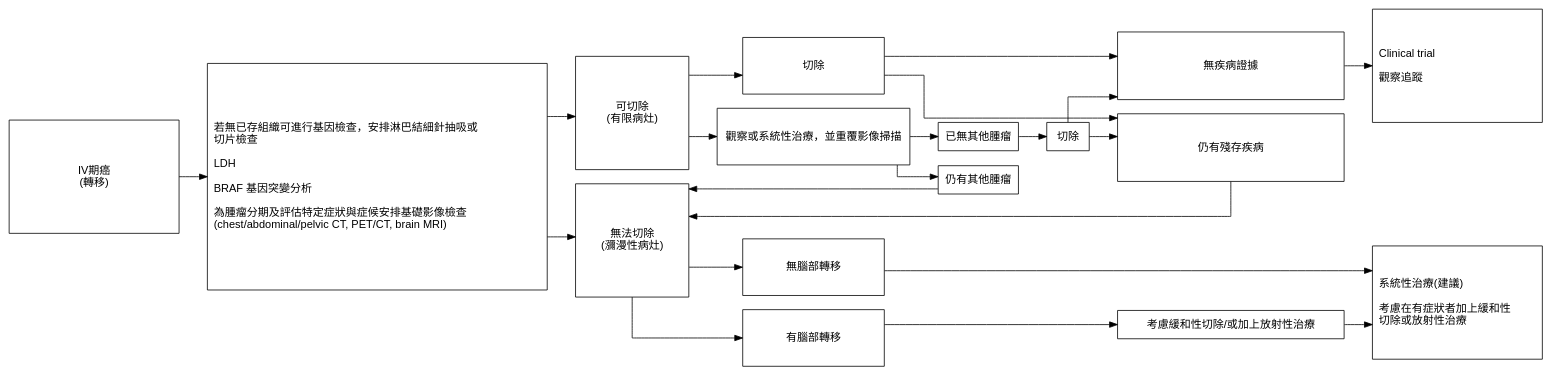
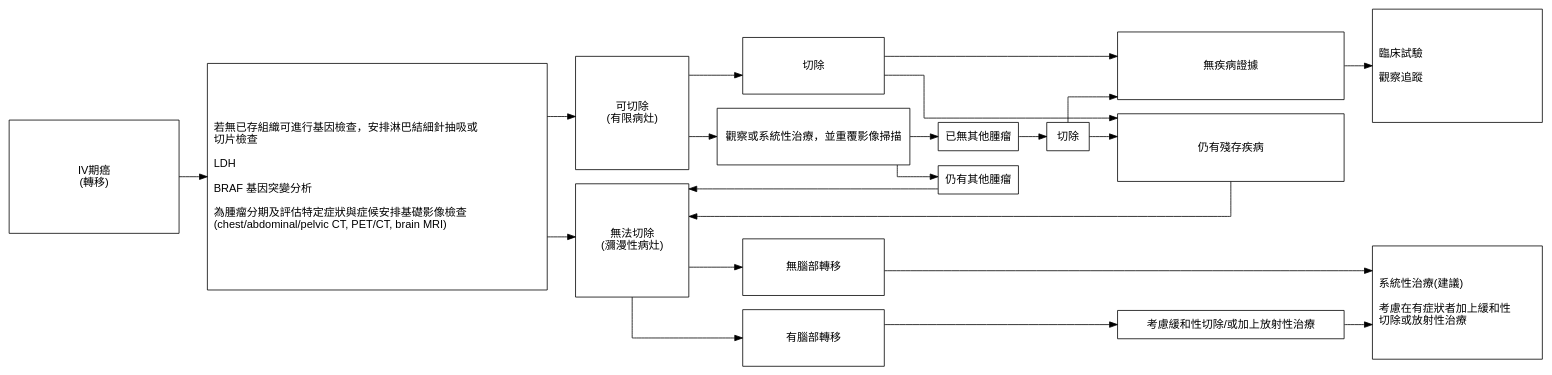
The diagram in melanoma.4.gv (gnayyc/SkinCancerGuidelineDiagram), drawn with Graphviz before and after one commit. The commit also changed 2 other files, not shown here.

```diff
--- a/melanoma.4.gv
+++ b/melanoma.4.gv
@@ -1,81 +1,81 @@
 digraph {
   graph [rankdir = LR; splines=ortho; overlap=false]
   node [shape = box, fontname = Helvetica]
 
 #  T1->T2->T22->T3->T4 [style=invis]
 #  T22 [style=invisible]
 #  T1->
 #  S3->S4 [style=invis]
 #  Tx3->OP41->OP40 [style=invis]
 #  S3->W3->Tx3->FU3
 #  S4->W4->Tx4->FU4
 
   S4->W4->OP41->Tx41->Resi0->FU4
                 Tx41->Resi1->OP40
           OP41->Tx42->M0->Tx421->Resi0
                           Tx421->Resi1
                 Tx42->M1->OP40
       W4->OP40->B1->OT4->FU41
           OP40->B0->FU41
 
   Tx41->Tx42 [style=invis]
   OP41->OP40 [style=invis]
 
   {rank = same; S4}
   {rank = same; W4}
   {rank = same; OP40; OP41}
   {rank = same; Tx41; Tx42; B0; B1}
   {rank = same; FU4; FU41}
   {rank = same; Resi0; Resi1; OT4}
 #  {rank = same; N0; N1}
 
 
 #  T1 [label = "CLINICAL/\lPATHOLOGICAL STAGE\l"; width=2.5; shape=plaintext]
 #  T2 [label = "WORKUP"; shape=plaintext]
 #  T3 [label = "PRIMARY TREATMENT"; shape=plaintext]
 #  T4 [label = "ADJUVANT TREATMENT"; shape=plaintext]
 
 #  S3 [label ="III期癌\n(In-transit)"; width=3; height=2]
   S4 [label ="IV期癌\n(轉移)"; width=3; height=2]
   
 #  W3 [label = "細針抽吸淋巴結檢查為佳\l
 #或core, incisional, excisional 淋巴結切片\l
 #建議為腫瘤分期及評估特定症狀與症候\l安排基礎影像檢查(CT, PET/CT, MRI)\l\l"; 
 #height=2.5; width=6]
   W4 [label = "若無已存組織可進行基因檢查，安排淋巴結細針抽吸或\l切片檢查\l
 LDH\l
 BRAF 基因突變分析\l
 為腫瘤分期及評估特定症狀與症候安排基礎影像檢查\l(chest/abdominal/pelvic CT, PET/CT, brain MRI)\l"; 
 height=4; width=6]
 #  W3 [label = "Discuss and consider sentinel node biopsy"]
 
-#  Tx3 [label = "Clinical trial(建議)\l
+#  Tx3 [label = "臨床試驗(建議)\l
 #  局部治療：盡可能確認邊緣完全切除\l
 #  無法全切除：考慮放射線治療\l
 #  系統性治療\l"; 
 #height=1.5; width=2.5]
   Tx41 [label = "切除"; height=1; width=2.5]
   Tx42 [label = "觀察或系統性治療，並重覆影像掃描"; height=1; width=2.5]
   Tx421 [label = "切除"]
   Resi0 [label = "無疾病證據"; width = 4; height=1.2]
   Resi1 [label = "仍有殘存疾病"; width = 4; height=1.2]
-#  Tx3 [label = "Clinical trial\n/觀察\n"; height=3; width=2]
+#  Tx3 [label = "臨床試驗\n/觀察\n"; height=3; width=2]
   B0 [label = "無腦部轉移";  height=1; width=2.5]
   B1 [label = "有腦部轉移";  height=1; width=2.5]
 
   OP40 [label = "無法切除\n(瀰漫性病灶)"; width = 2; height=2]  
   OP41 [label = "可切除\n(有限病灶)"; width = 2; height=2]
   OT4 [label = "考慮緩和性切除/或加上放射性治療"; width = 4]
 #  N0 [label = "陰性前哨淋巴結"; height=1.2]
 #  N1 [label = "陽性前哨淋巴結"; height=1.2]
-#  FU3 [label = "Clinical trial\l
+#  FU3 [label = "臨床試驗\l
 #觀察追蹤\l"; width=3; height=2]
-  FU4 [label = "Clinical trial\l
+  FU4 [label = "臨床試驗\l
 觀察追蹤\l"; width=3; height=2]
   FU41 [label = "系統性治療(建議)\l
 考慮在有症狀者加上緩和性\l切除或放射性治療\l"; width=3; height=2]
 
 M0 [label = "已無其他腫瘤"]
 M1 [label = "仍有其他腫瘤"]
 
 }
```
